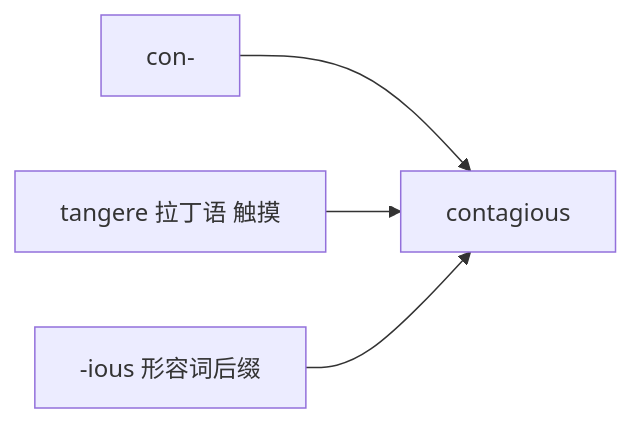
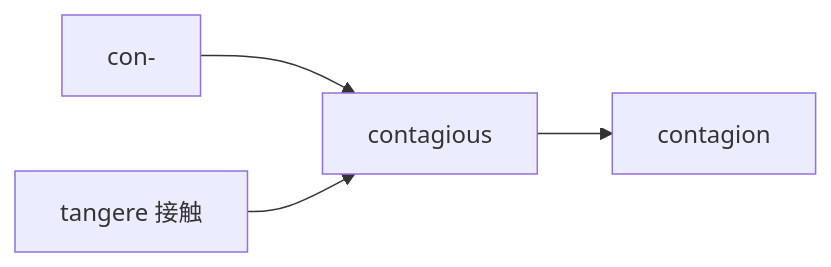
The fourth of 5 diagrams in slides_backup/托业单词/20260630/08.md (seki999/DialogueFlow), drawn with Mermaid before and after one commit. The commit also changed other lines of this file and 28 other files, not shown here.

````diff
--- a/slides_backup/托业单词/20260630/08.md
+++ b/slides_backup/托业单词/20260630/08.md
@@ -121,6 +154,6 @@
 ```mermaid
 flowchart LR
     A[con-] --> D[contagious]
-    B[tangere 拉丁语 触摸] --> D
-    C[-ious 形容词后缀] --> D
+    B[tangere 接触] --> D
+    D --> E[contagion]
 ```
````
